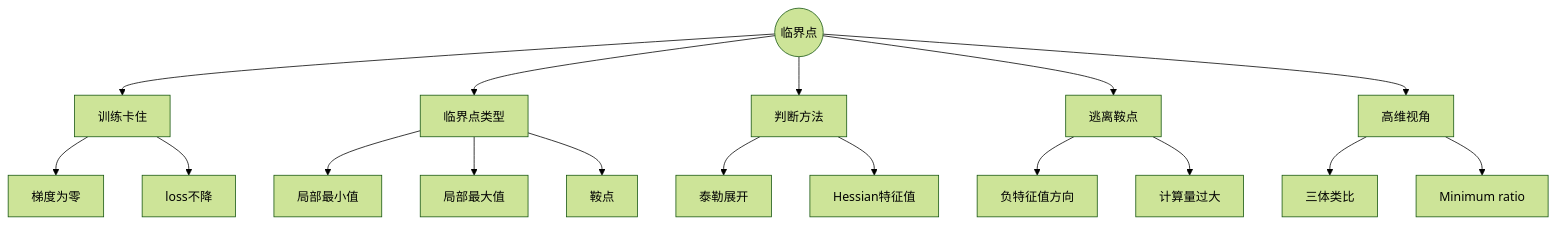
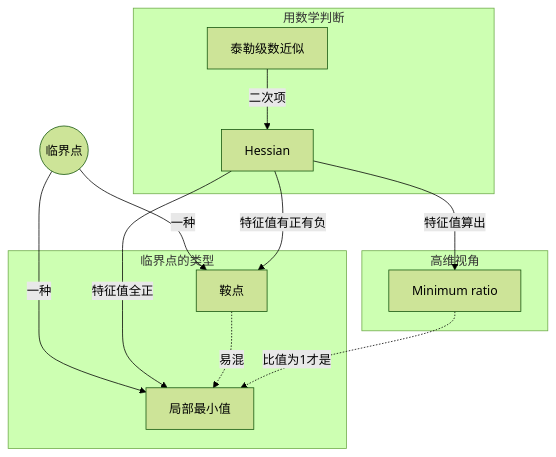
Before and after one commit to lucky-Luor/bilibili-douyin-notes: the diagram in examples/01-局部最小值与鞍点.md, drawn with Mermaid (forest theme). The commit also changed 13 other files, not shown here.

First line of the commit message:
feat(screenshot): 截图清单模式、锚点按视频隔离与 OSS 上传

````diff
--- a/examples/01-局部最小值与鞍点.md
+++ b/examples/01-局部最小值与鞍点.md
@@ -120,20 +120,21 @@
 ```mermaid
 graph TD
   R((临界点))
-  R --> G1[训练卡住]
-  G1 --> L2[梯度为零]
-  G1 --> L3[loss不降]
-  R --> G4[临界点类型]
-  G4 --> L5[局部最小值]
-  G4 --> L6[局部最大值]
-  G4 --> L7[鞍点]
-  R --> G8[判断方法]
-  G8 --> L9[泰勒展开]
-  G8 --> L10[Hessian特征值]
-  R --> G11[逃离鞍点]
-  G11 --> L12[负特征值方向]
-  G11 --> L13[计算量过大]
-  R --> G14[高维视角]
-  G14 --> L15[三体类比]
-  G14 --> L16[Minimum ratio]
+  subgraph S1[临界点的类型]
+    LM[局部最小值]
+    SP[鞍点]
+  end
+  subgraph S2[用数学判断]
+    TY[泰勒级数近似] -->|二次项| H[Hessian]
+  end
+  subgraph S3[高维视角]
+    MR[Minimum ratio]
+  end
+  R -->|一种| LM
+  R -->|一种| SP
+  H -->|特征值全正| LM
+  H -->|特征值有正有负| SP
+  H -->|特征值算出| MR
+  SP -.->|易混| LM
+  MR -.->|比值为1才是| LM
 ```
````
